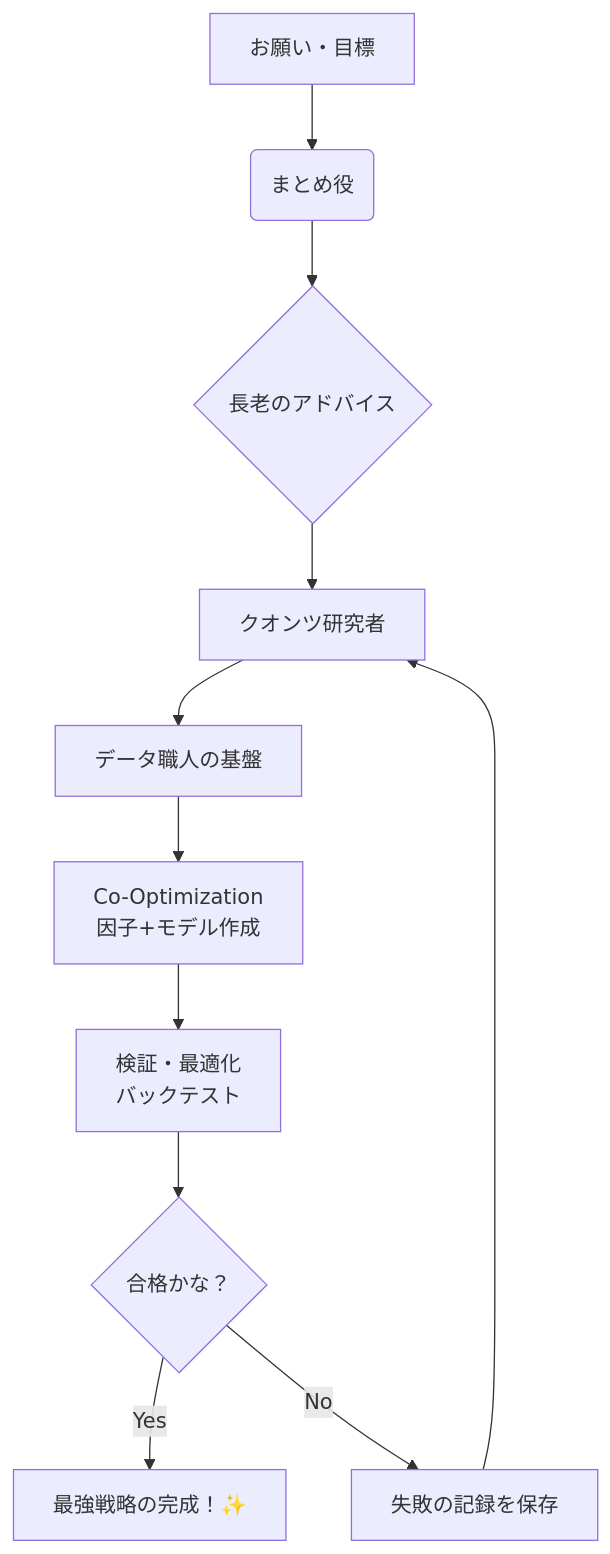
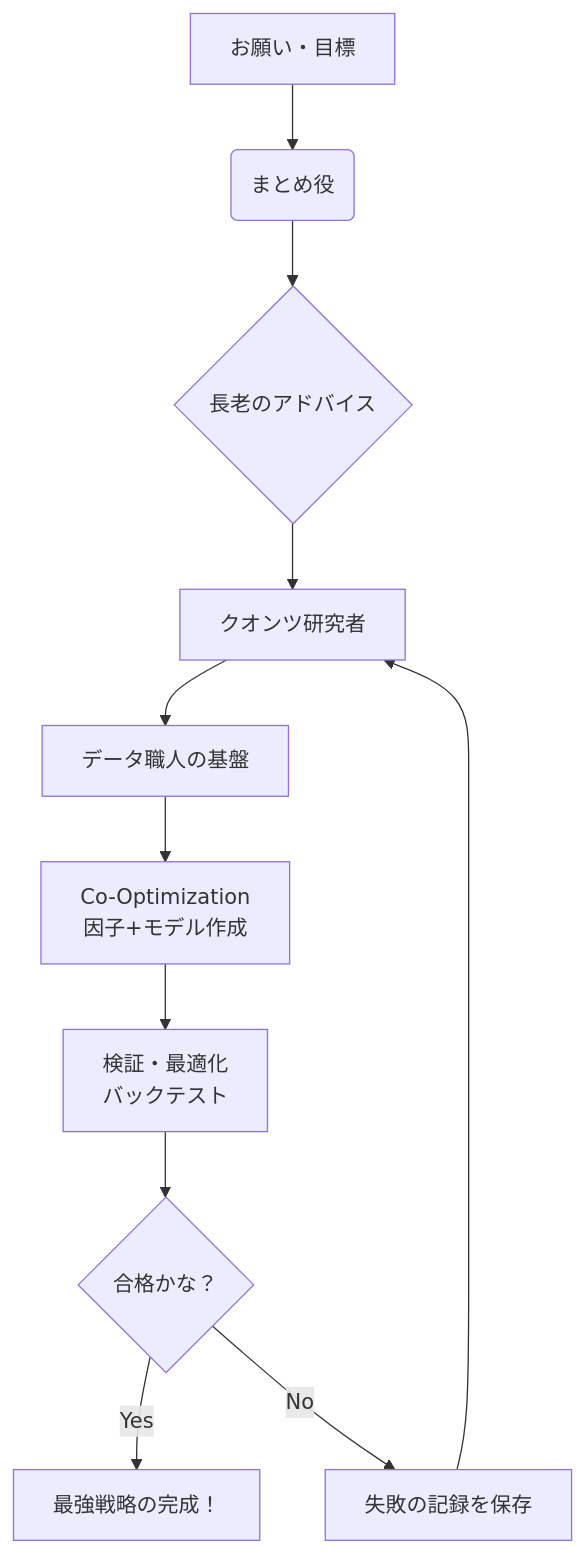
The diagram in docs/paper/rd_agent_quant.md (KAFKA2306/investor2), drawn with Mermaid before and after one commit. The commit also changed other lines of this file and 82 other files, not shown here.

````diff
--- a/docs/paper/rd_agent_quant.md
+++ b/docs/paper/rd_agent_quant.md
@@ -63,13 +63,13 @@
 ```mermaid
 graph TD
     A[お願い・目標] --> B(まとめ役)
     B --> C{長老のアドバイス}
     C --> D[クオンツ研究者]
     D --> E[データ職人の基盤]
     E --> F[Co-Optimization<br/>因子+モデル作成]
     F --> G[検証・最適化<br/>バックテスト]
     G --> H{合格かな？}
-    H -- Yes --> I[最強戦略の完成！✨]
+    H -- Yes --> I[最強戦略の完成！]
     H -- No --> J[失敗の記録を保存]
     J --> D
 ```
````
